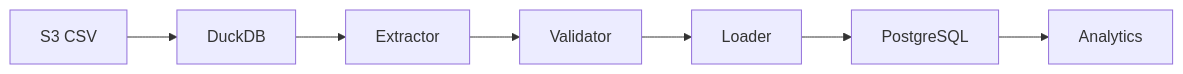
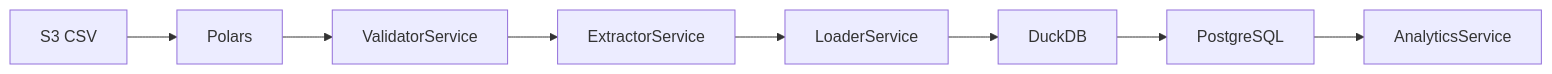
One commit to zhj0513/small_etl changed the diagram in CLAUDE.md. Above: the diagram before and after it, drawn with Mermaid. The commit also changed other lines of this file and 3 other files, not shown here.

````diff
--- a/CLAUDE.md
+++ b/CLAUDE.md
@@ -70,9 +70,10 @@
 ```mermaid
 flowchart LR
-    S3[S3 CSV] --> DuckDB[DuckDB]
-    DuckDB --> Extractor
-    Extractor --> Validator
-    Validator --> Loader
-    Loader --> PostgreSQL
-    PostgreSQL --> Analytics
+    S3[S3 CSV] --> Polars[Polars]
+    Polars --> Validator[ValidatorService]
+    Validator --> Extractor[ExtractorService]
+    Extractor --> Loader[LoaderService]
+    Loader --> DuckDB[DuckDB]
+    DuckDB --> PostgreSQL
+    PostgreSQL --> Analytics[AnalyticsService]
 ```
````
